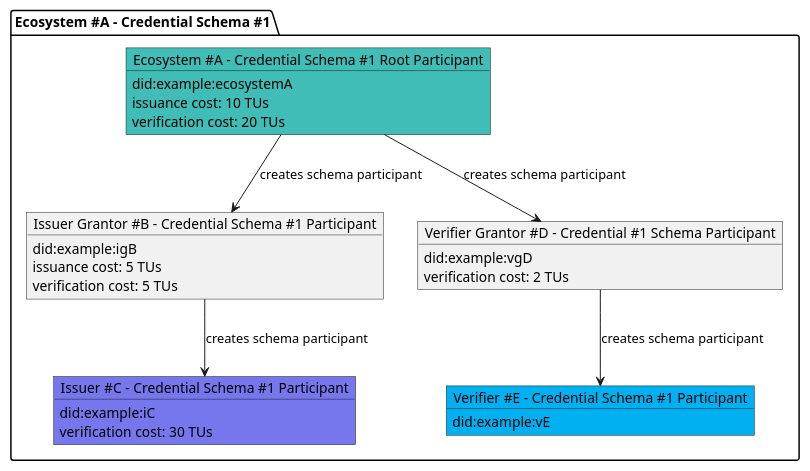
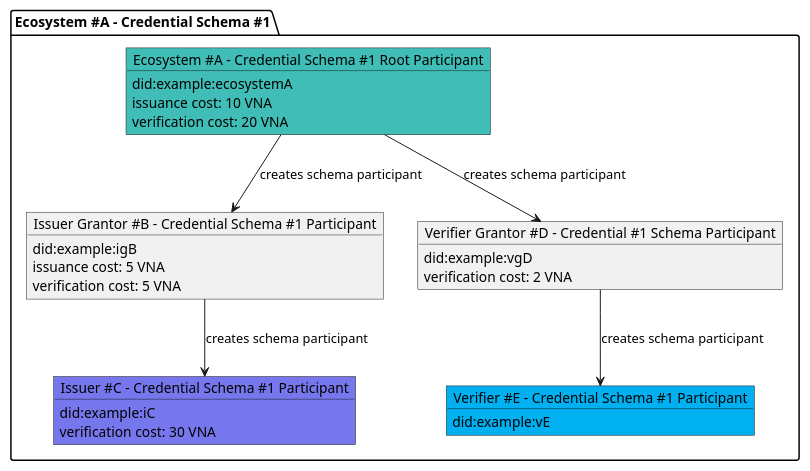
The tenth of 21 diagrams in spec.md (verana-labs/verifiable-trust-vpr-spec), drawn with PlantUML before and after one commit. The commit also changed other lines of this file, not shown here.

````diff
--- a/spec.md
+++ b/spec.md
@@ -813,41 +820,41 @@
 ```plantuml
 
 @startuml
 scale max 800 width
  
 package "Ecosystem #A - Credential Schema #1" as cs {
 
     object "Ecosystem #A - Credential Schema #1 Root Participant" as tr #3fbdb6 {
         did:example:ecosystemA
-        issuance cost: 10 TUs
-        verification cost: 20 TUs
+        issuance cost: 10 VNA
+        verification cost: 20 VNA
     }
     object "Issuer Grantor #B - Credential Schema #1 Participant" as ig {
         did:example:igB
-        issuance cost: 5 TUs
-        verification cost: 5 TUs
+        issuance cost: 5 VNA
+        verification cost: 5 VNA
     }
     object "Issuer #C - Credential Schema #1 Participant" as issuer #7677ed  {
         did:example:iC
-        verification cost: 30 TUs
+        verification cost: 30 VNA
     }
     object "Verifier Grantor #D - Credential #1 Schema Participant" as vg {
         did:example:vgD
-        verification cost: 2 TUs
+        verification cost: 2 VNA
     }
     object "Verifier #E - Credential Schema #1 Participant" as verifier #00b0f0 {
         did:example:vE
     }
 }
 
 
 
 tr --> ig : creates schema participant
 ig --> issuer : creates schema participant
 
 tr --> vg : creates schema participant
 vg --> verifier : creates schema participant
 
 @enduml
 
 ```
````
